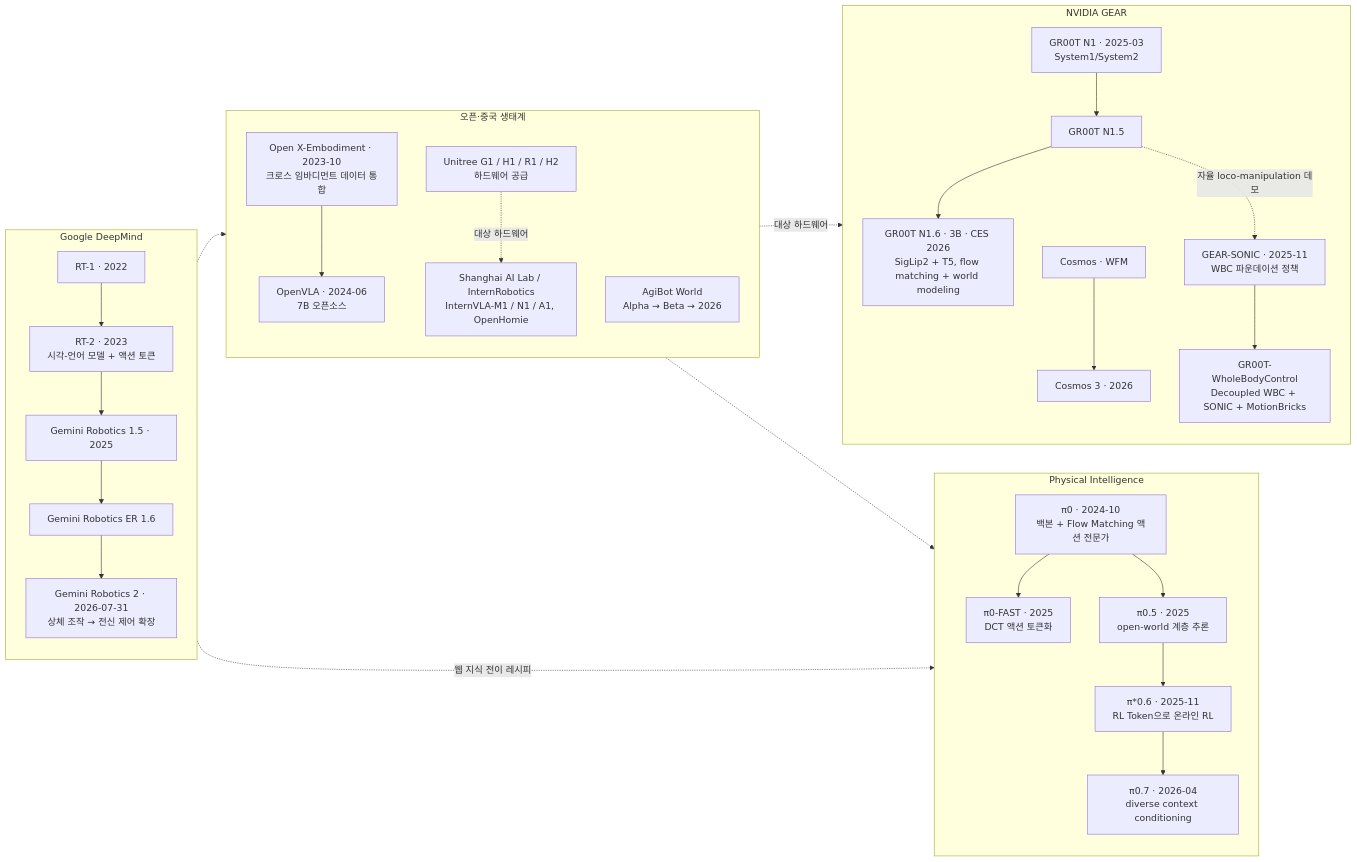
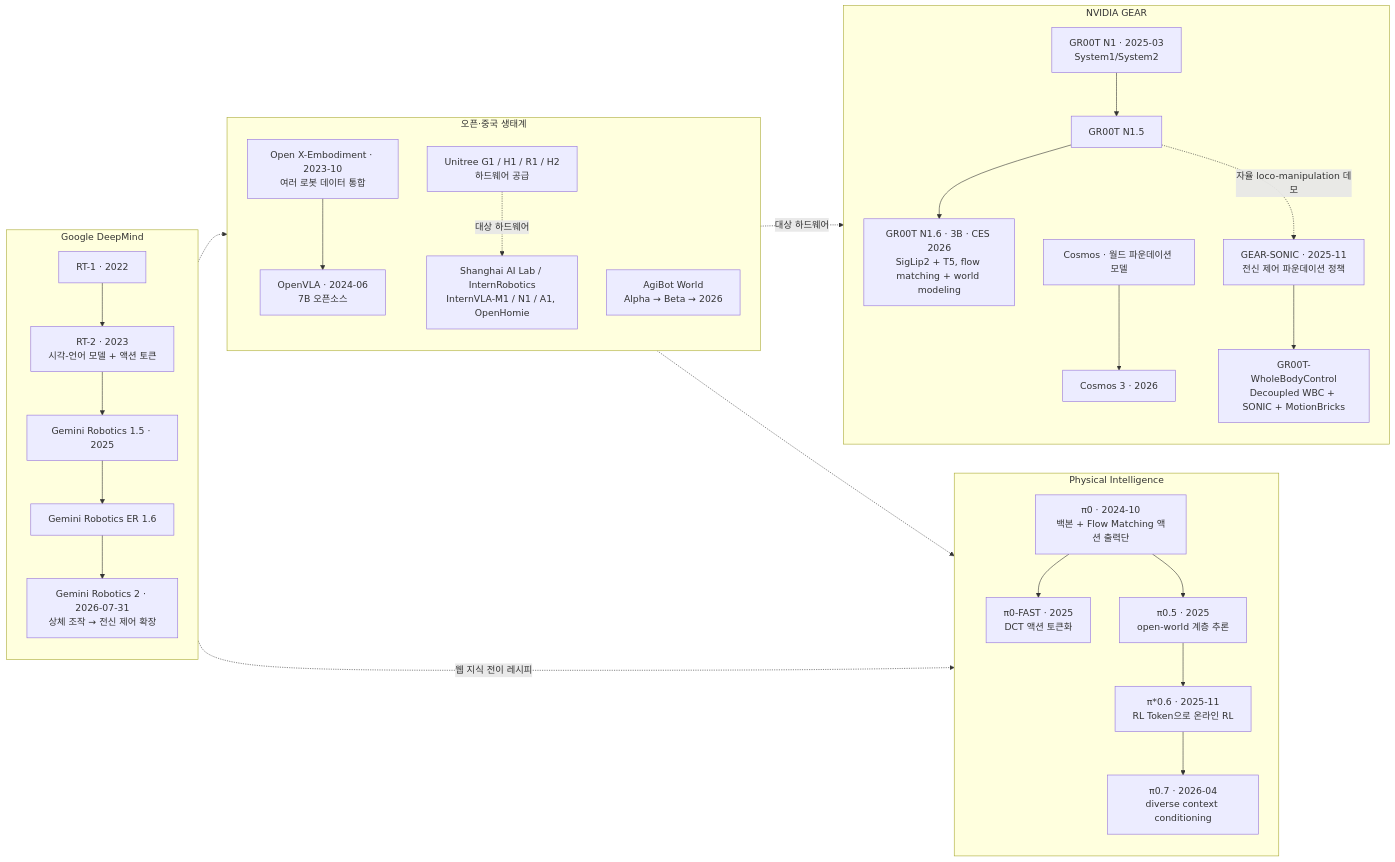
Before and after one commit to sguys99/physical-ai-study: the second of 4 diagrams in course/w1-generative-core/01-physical-ai-landscape/lesson.md, drawn with Mermaid. The commit also changed other lines of this file and 2 other files, not shown here.

````diff
--- a/course/w1-generative-core/01-physical-ai-landscape/lesson.md
+++ b/course/w1-generative-core/01-physical-ai-landscape/lesson.md
@@ -486,41 +476,41 @@
 ```mermaid
 flowchart LR
     subgraph GDM["Google DeepMind"]
         direction TB
         A1["RT-1 · 2022"] --> A2["RT-2 · 2023<br/>시각-언어 모델 + 액션 토큰"]
         A2 --> A3["Gemini Robotics 1.5 · 2025"]
         A3 --> A4["Gemini Robotics ER 1.6"]
         A4 --> A5["Gemini Robotics 2 · 2026-07-31<br/>상체 조작 → 전신 제어 확장"]
     end
 
     subgraph PI["Physical Intelligence"]
         direction TB
-        B1["π0 · 2024-10<br/>백본 + Flow Matching 액션 전문가"] --> B2["π0-FAST · 2025<br/>DCT 액션 토큰화"]
+        B1["π0 · 2024-10<br/>백본 + Flow Matching 액션 출력단"] --> B2["π0-FAST · 2025<br/>DCT 액션 토큰화"]
         B1 --> B3["π0.5 · 2025<br/>open-world 계층 추론"]
         B3 --> B4["π*0.6 · 2025-11<br/>RL Token으로 온라인 RL"]
         B4 --> B5["π0.7 · 2026-04<br/>diverse context conditioning"]
     end
 
     subgraph NV["NVIDIA GEAR"]
         direction TB
         C1["GR00T N1 · 2025-03<br/>System1/System2"] --> C2["GR00T N1.5"]
         C2 --> C3["GR00T N1.6 · 3B · CES 2026<br/>SigLip2 + T5, flow matching + world modeling"]
-        C4["Cosmos · WFM"] --> C5["Cosmos 3 · 2026"]
-        C6["GEAR-SONIC · 2025-11<br/>WBC 파운데이션 정책"] --> C7["GR00T-WholeBodyControl<br/>Decoupled WBC + SONIC + MotionBricks"]
+        C4["Cosmos · 월드 파운데이션 모델"] --> C5["Cosmos 3 · 2026"]
+        C6["GEAR-SONIC · 2025-11<br/>전신 제어 파운데이션 정책"] --> C7["GR00T-WholeBodyControl<br/>Decoupled WBC + SONIC + MotionBricks"]
     end
 
     subgraph OPEN["오픈·중국 생태계"]
         direction TB
-        D1["Open X-Embodiment · 2023-10<br/>크로스 임바디먼트 데이터 통합"] --> D2["OpenVLA · 2024-06<br/>7B 오픈소스"]
+        D1["Open X-Embodiment · 2023-10<br/>여러 로봇 데이터 통합"] --> D2["OpenVLA · 2024-06<br/>7B 오픈소스"]
         D3["Shanghai AI Lab / InternRobotics<br/>InternVLA-M1 / N1 / A1, OpenHomie"]
         D4["AgiBot World<br/>Alpha → Beta → 2026"]
         D5["Unitree G1 / H1 / R1 / H2<br/>하드웨어 공급"]
     end
 
     A2 -. 웹 지식 전이 레시피 .-> B1
     A2 -.-> D2
     D1 -.-> B1
     C2 -. 자율 loco-manipulation 데모 .-> C6
     D5 -. 대상 하드웨어 .-> C6
     D5 -. 대상 하드웨어 .-> D3
 ```
````
